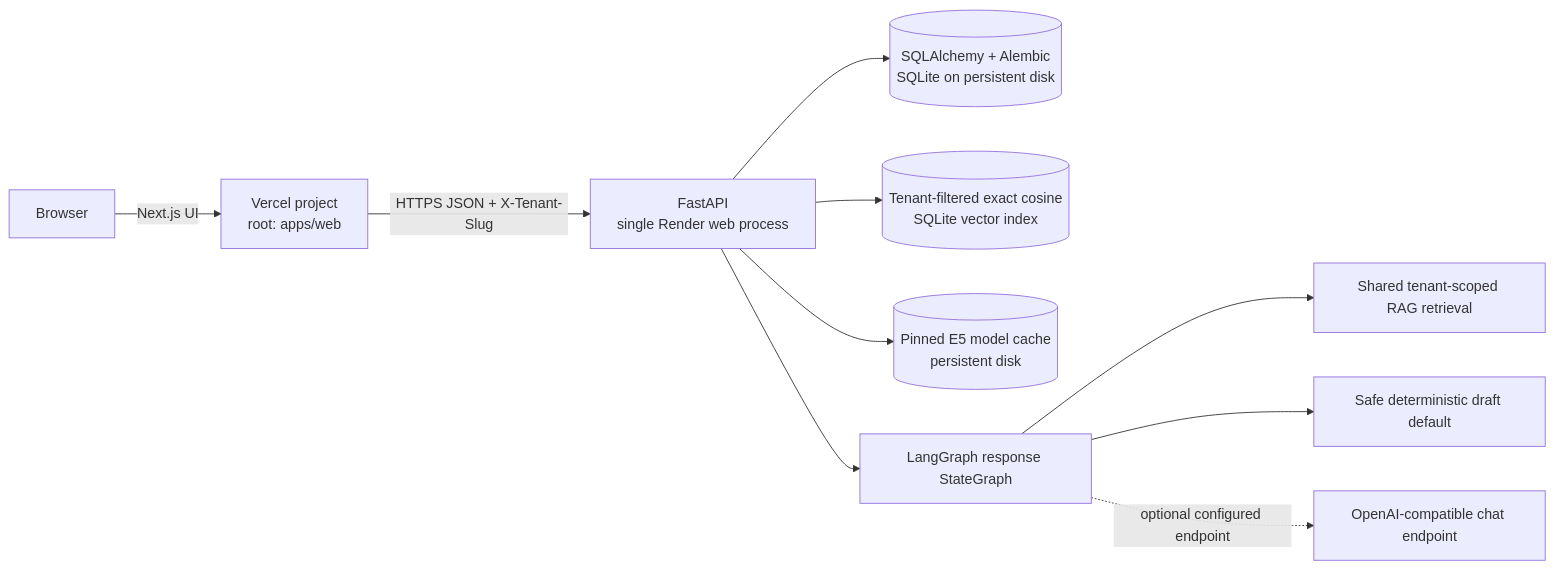
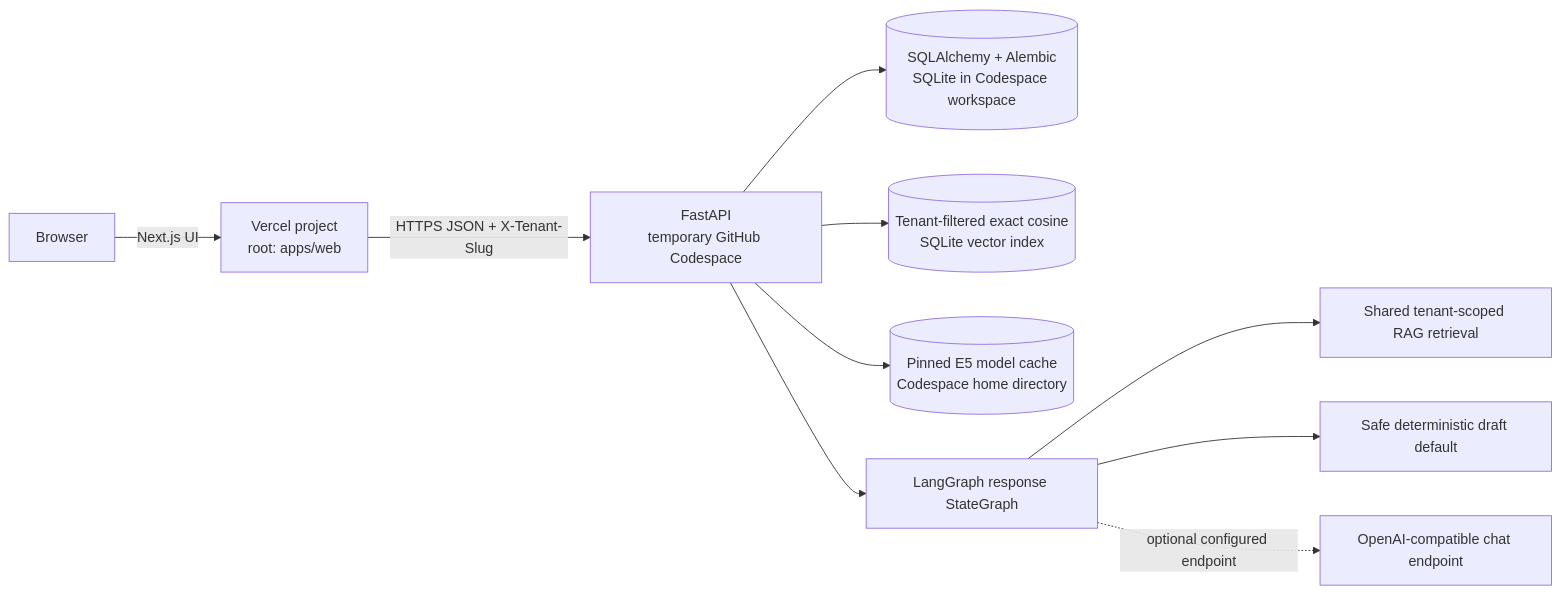
The diagram in docs/technical-approach-report.md (Vriddhi05/revio-ai), drawn with Mermaid before and after one commit. The commit also changed other lines of this file and 9 other files, not shown here.

````diff
--- a/docs/technical-approach-report.md
+++ b/docs/technical-approach-report.md
@@ -7,12 +7,12 @@
 ```mermaid
 flowchart LR
     B[Browser] -->|Next.js UI| V[Vercel project<br/>root: apps/web]
-    V -->|HTTPS JSON + X-Tenant-Slug| API[FastAPI<br/>single Render web process]
-    API --> DB[(SQLAlchemy + Alembic<br/>SQLite on persistent disk)]
+    V -->|HTTPS JSON + X-Tenant-Slug| API[FastAPI<br/>temporary GitHub Codespace]
+    API --> DB[(SQLAlchemy + Alembic<br/>SQLite in Codespace workspace)]
     API --> IDX[(Tenant-filtered exact cosine<br/>SQLite vector index)]
-    API --> HF[(Pinned E5 model cache<br/>persistent disk)]
+    API --> HF[(Pinned E5 model cache<br/>Codespace home directory)]
     API --> GRAPH[LangGraph response StateGraph]
     GRAPH --> RET[Shared tenant-scoped RAG retrieval]
     GRAPH --> DEMO[Safe deterministic draft default]
     GRAPH -. optional configured endpoint .-> LLM[OpenAI-compatible chat endpoint]
 ```
````
